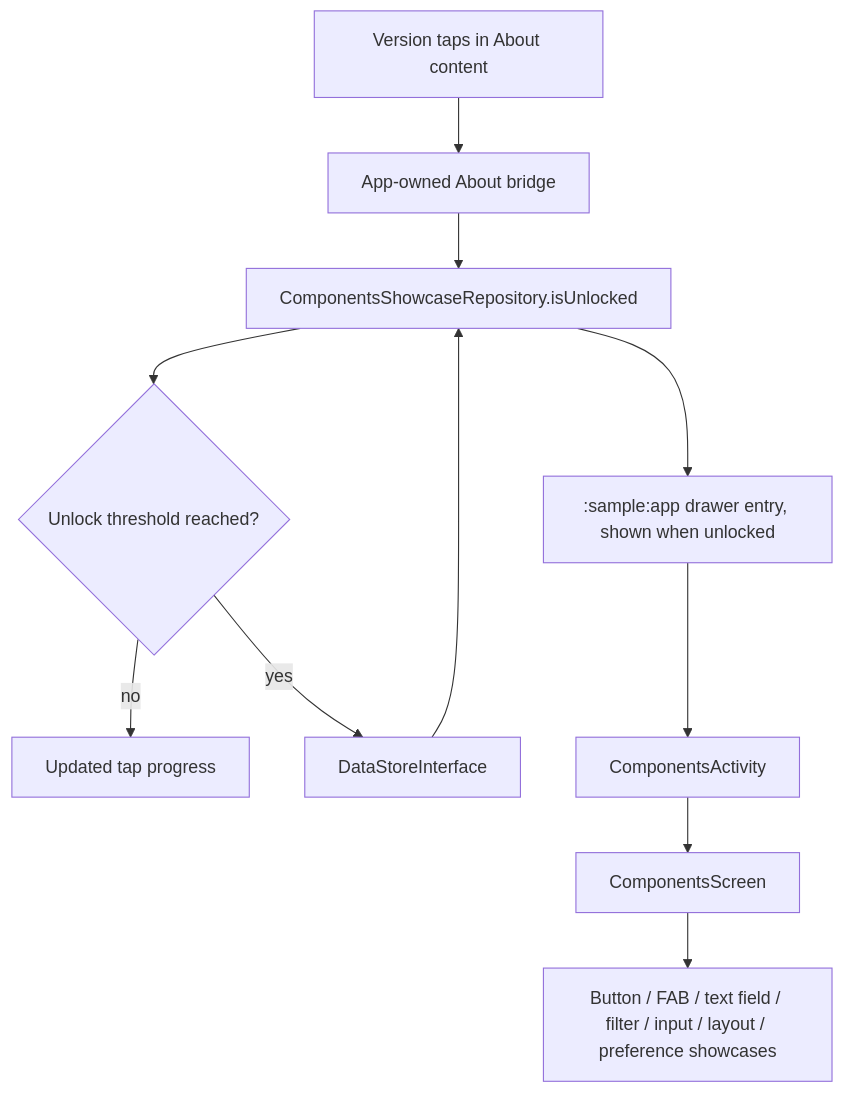
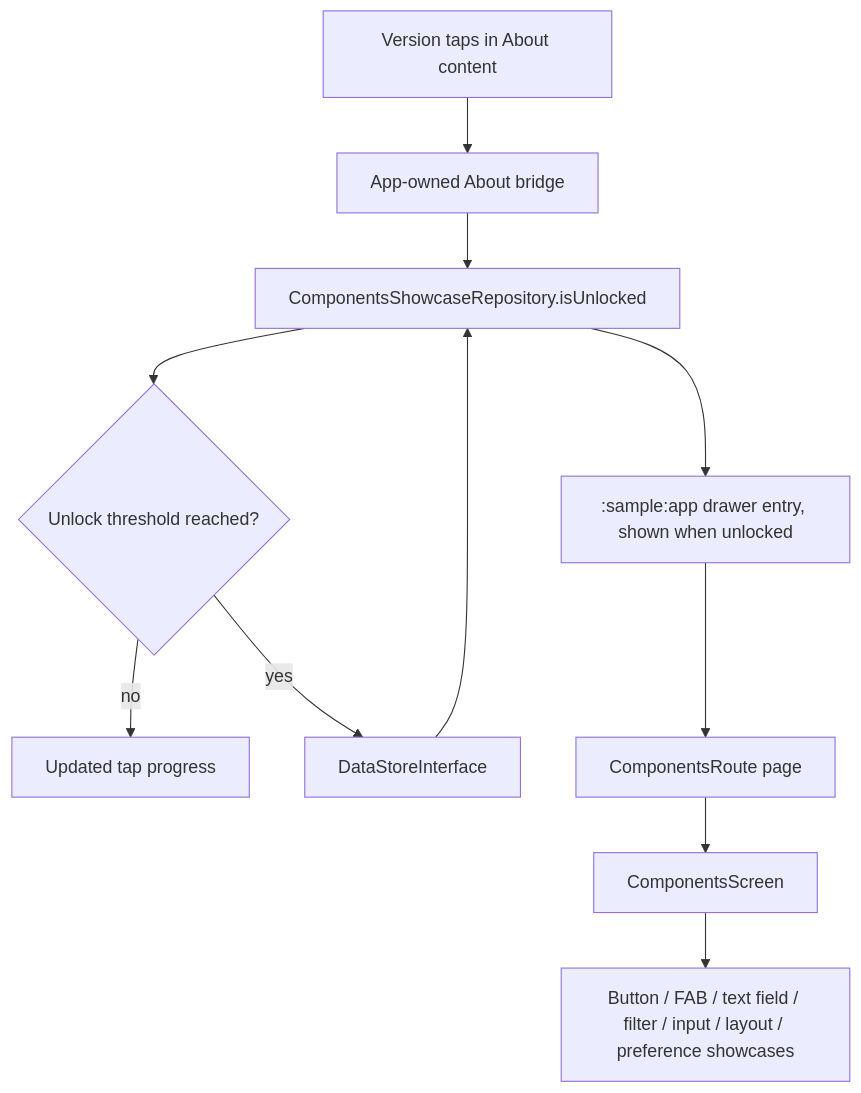
The diagram in sample/feature/components/README.md (MihaiCristianCondrea/App-Toolkit-for-Android), drawn with Mermaid before and after one commit. The commit also changed other lines of this file and 130 other files, not shown here.

````diff
--- a/sample/feature/components/README.md
+++ b/sample/feature/components/README.md
@@ -35,13 +36,13 @@
 ```mermaid
 flowchart TD
     About[Version taps in About content] --> Bridge[App-owned About bridge]
     Bridge --> Repo[ComponentsShowcaseRepository]
     Repo --> Counter{Unlock threshold reached?}
     Counter -->|no| State[Updated tap progress]
     Counter -->|yes| Store[DataStoreInterface]
     Store --> Repo[ComponentsShowcaseRepository.isUnlocked]
     Repo --> Drawer[":sample:app" drawer entry, shown when unlocked]
-    Drawer --> Activity[ComponentsActivity]
-    Activity --> Screen[ComponentsScreen]
+    Drawer --> Page[ComponentsRoute page]
+    Page --> Screen[ComponentsScreen]
     Screen --> Sections[Button / FAB / text field / filter / input / layout / preference showcases]
 ```
````
